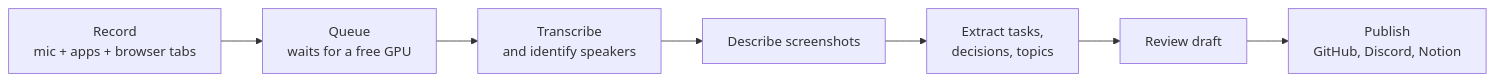
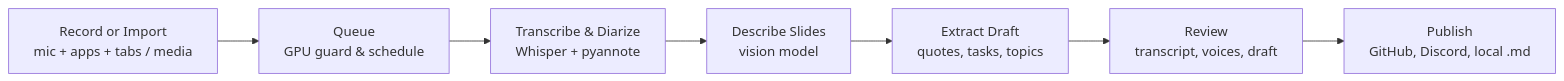
The diagram in README.md (Radek-Wojcik/blah-blah-bot), drawn with Mermaid before and after one commit. The commit also changed other lines of this file and 2 other files, not shown here.

````diff
--- a/README.md
+++ b/README.md
@@ -334,9 +27,9 @@
 ```mermaid
 flowchart LR
-    A[Record<br/>mic + apps + browser tabs] --> B[Queue<br/>waits for a free GPU]
-    B --> C[Transcribe<br/>and identify speakers]
-    C --> D[Describe screenshots]
-    D --> E[Extract tasks,<br/>decisions, topics]
-    E --> F[Review draft]
-    F --> G[Publish<br/>GitHub, Discord, Notion]
+    A["Record or Import<br/>mic + apps + tabs / media"] --> B["Queue<br/>GPU guard & schedule"]
+    B --> C["Transcribe & Diarize<br/>Whisper + pyannote"]
+    C --> D["Describe Slides<br/>vision model"]
+    D --> E["Extract Draft<br/>quotes, tasks, topics"]
+    E --> F["Review<br/>transcript, voices, draft"]
+    F --> G["Publish<br/>GitHub, Discord, local .md"]
 ```
````
